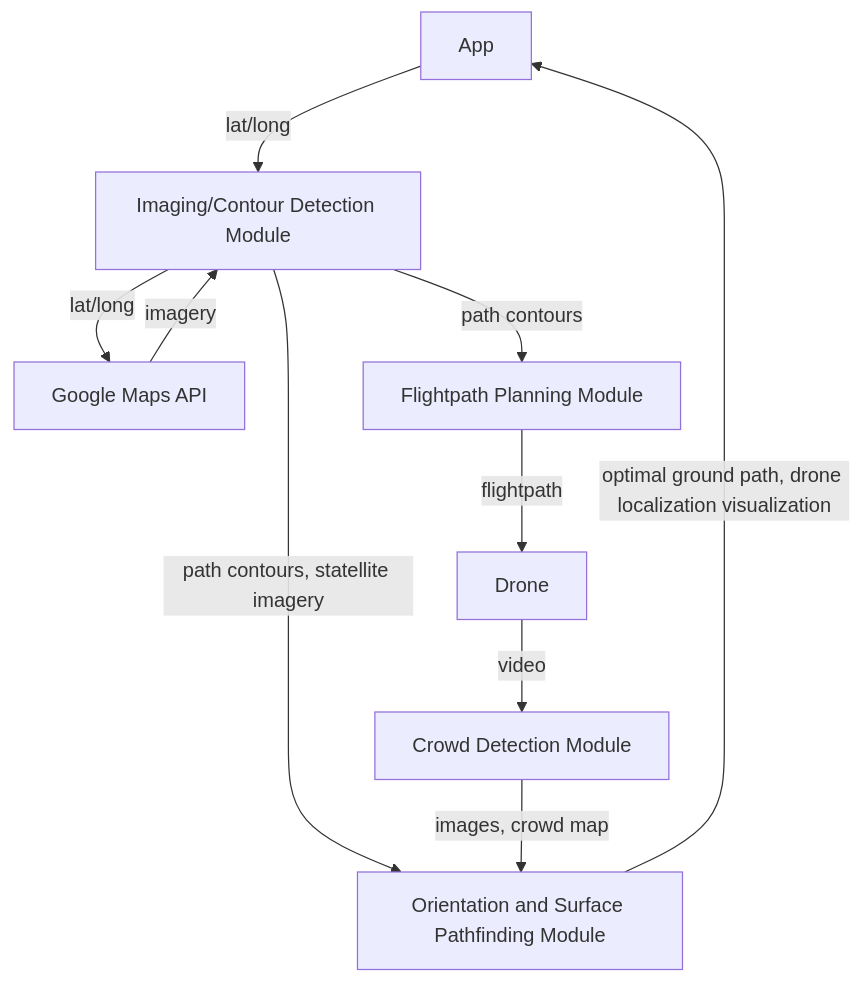
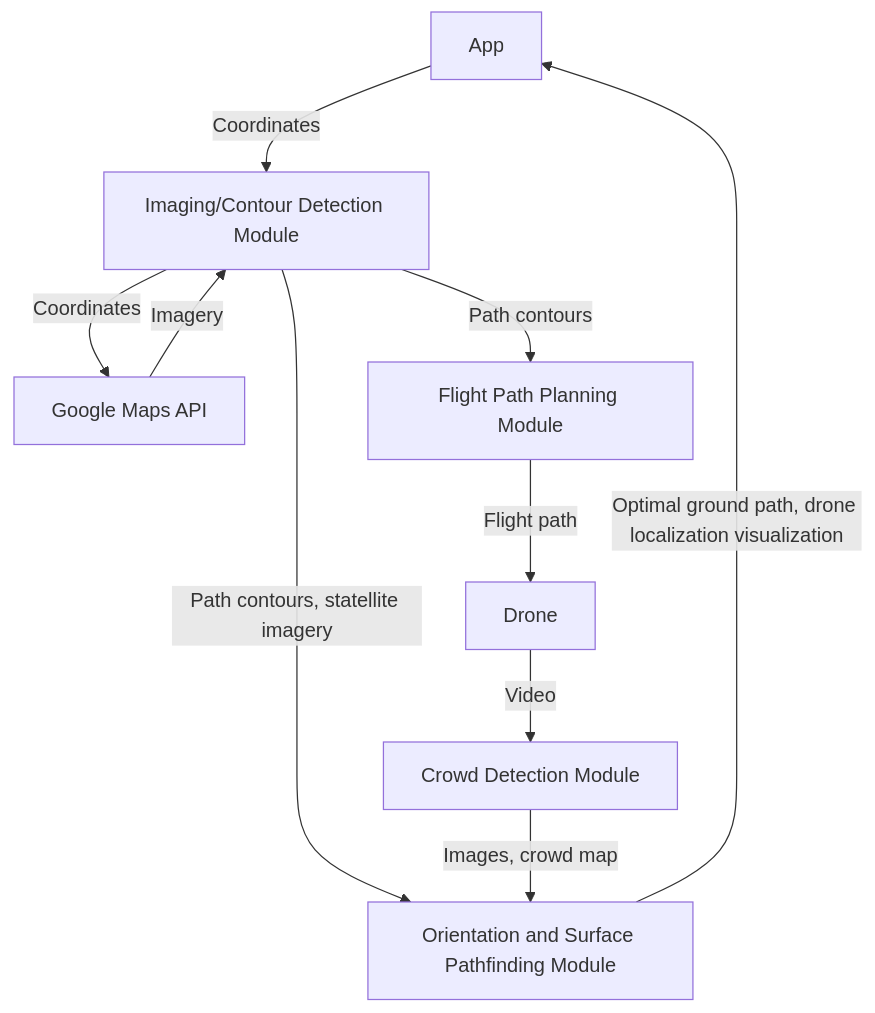
One commit to maximuskiii/TartanHacks2024 changed the diagram in README.md. Above: the diagram before and after it, drawn with Mermaid.

Commit message:
updates grammar

````diff
--- a/README.md
+++ b/README.md
@@ -3,12 +3,12 @@
 ```mermaid
 graph TD;
-    A[App] -->|lat/long| B[Imaging/Contour Detection Module];
-    B -->|lat/long| C[Google Maps API];
-    C -->|imagery| B
-    B -->|path contours| D[Flightpath Planning Module]
-    B -->|path contours, statellite imagery| E[Orientation and Surface Pathfinding Module]
-    D -->|flightpath| F[Drone]
-    F -->|video| G[Crowd Detection Module]
-    G -->|images, crowd map| E
-    E -->|optimal ground path, drone localization visualization| A
+    A[App] -->|Coordinates| B[Imaging/Contour Detection Module];
+    B -->|Coordinates| C[Google Maps API];
+    C -->|Imagery| B
+    B -->|Path contours| D[Flight Path Planning Module]
+    B -->|Path contours, statellite imagery| E[Orientation and Surface Pathfinding Module]
+    D -->|Flight path| F[Drone]
+    F -->|Video| G[Crowd Detection Module]
+    G -->|Images, crowd map| E
+    E -->|Optimal ground path, drone localization visualization| A
 ```
````
